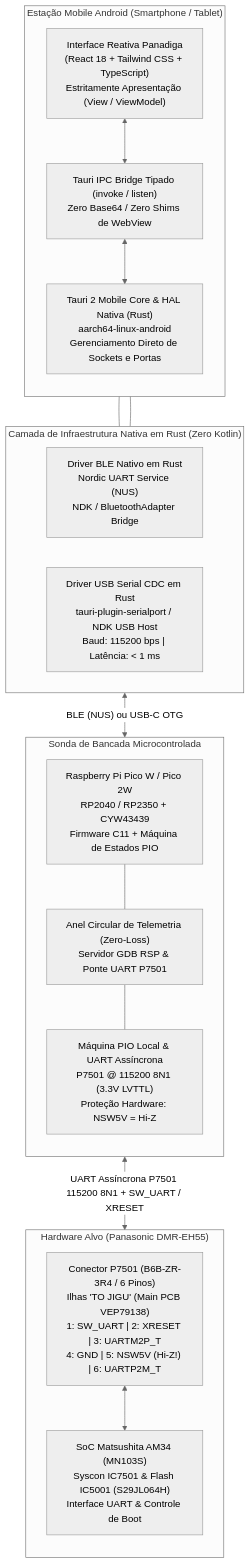
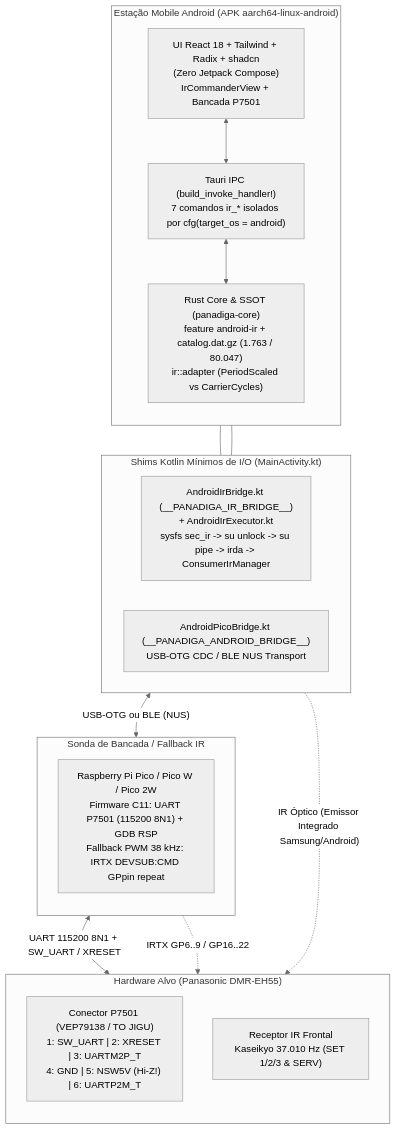
Before and after one commit to orgchrono/Panadiga: the first of 2 diagrams in docs/pt-BR/ARQUITETURA_MOBILE_ANDROID_E_BLUETOOTH.md, drawn with Mermaid (neutral theme). The commit also changed other lines of this file and 139 other files, not shown here.

First line of the commit message:
feat(apk,nor,pico,re,docs): unify Android IR Commander, 2-layer NOR JEDEC, glitch-immune BAUDSCAN, async GDB proxy & 447-code bench wizard

````diff
--- a/docs/pt-BR/ARQUITETURA_MOBILE_ANDROID_E_BLUETOOTH.md
+++ b/docs/pt-BR/ARQUITETURA_MOBILE_ANDROID_E_BLUETOOTH.md
@@ -18,38 +22,35 @@
 ```mermaid
 flowchart TD
-    subgraph Mobile["Estação Mobile Android (Smartphone / Tablet)"]
+    subgraph Mobile["Estação Mobile Android (APK aarch64-linux-android)"]
         direction TB
-        UI["Interface Reativa Panadiga<br/>(React 18 + Tailwind CSS + TypeScript)<br/>Estritamente Apresentação (View / ViewModel)"]
-        IPC["Tauri IPC Bridge Tipado (invoke / listen)<br/>Zero Base64 / Zero Shims de WebView"]
-        TAURI_RUST["Tauri 2 Mobile Core & HAL Nativa (Rust)<br/>aarch64-linux-android<br/>Gerenciamento Direto de Sockets e Portas"]
+        UI["UI React 18 + Tailwind + Radix + shadcn<br/>(Zero Jetpack Compose)<br/>IrCommanderView + Bancada P7501"]
+        IPC["Tauri IPC (build_invoke_handler!)<br/>7 comandos ir_* isolados por cfg(target_os = android)"]
+        RUST["Rust Core & SSOT (panadiga-core)<br/>feature android-ir + catalog.dat.gz (1.763 / 80.047)<br/>ir::adapter (PeriodScaled vs CarrierCycles)"]
         UI <--> IPC
-        IPC <--> TAURI_RUST
+        IPC <--> RUST
     end
 
-    subgraph NativeHAL["Camada de Infraestrutura Nativa em Rust (Zero Kotlin)"]
+    subgraph KotlinShim["Shims Kotlin Mínimos de I/O (MainActivity.kt)"]
         direction LR
-        BLE_CORE["Driver BLE Nativo em Rust<br/>Nordic UART Service (NUS)<br/>NDK / BluetoothAdapter Bridge"]
-        USB_CORE["Driver USB Serial CDC em Rust<br/>tauri-plugin-serialport / NDK USB Host<br/>Baud: 115200 bps | Latência: < 1 ms"]
-        TAURI_RUST --- BLE_CORE
-        TAURI_RUST --- USB_CORE
+        IR_SHIM["AndroidIrBridge.kt (__PANADIGA_IR_BRIDGE__)<br/>+ AndroidIrExecutor.kt<br/>sysfs sec_ir -> su unlock -> su pipe -> irda -> ConsumerIrManager"]
+        PICO_SHIM["AndroidPicoBridge.kt (__PANADIGA_ANDROID_BRIDGE__)<br/>USB-OTG CDC / BLE NUS Transport"]
+        RUST --- IR_SHIM
+        RUST --- PICO_SHIM
     end
 
-    subgraph Probe["Sonda de Bancada Microcontrolada"]
+    subgraph Probe["Sonda de Bancada / Fallback IR"]
         direction TB
-        PICO["Raspberry Pi Pico W / Pico 2W<br/>RP2040 / RP2350 + CYW43439<br/>Firmware C11 + Máquina de Estados PIO"]
-        BUFFER["Anel Circular de Telemetria (Zero-Loss)<br/>Servidor GDB RSP & Ponte UART P7501"]
-        PIO_ENG["Máquina PIO Local & UART Assíncrona<br/>P7501 @ 115200 8N1 (3.3V LVTTL)<br/>Proteção Hardware: NSW5V = Hi-Z"]
-        PICO --- BUFFER
-        BUFFER --- PIO_ENG
+        PICO["Raspberry Pi Pico / Pico W / Pico 2W<br/>Firmware C11: UART P7501 (115200 8N1) + GDB RSP<br/>Fallback PWM 38 kHz: IRTX DEVSUB:CMD GPpin repeat"]
     end
 
     subgraph Target["Hardware Alvo (Panasonic DMR-EH55)"]
         direction TB
-        P7501["Conector P7501 (B6B-ZR-3R4 / 6 Pinos)<br/>Ilhas 'TO JIGU' (Main PCB VEP79138)<br/>1: SW_UART | 2: XRESET | 3: UARTM2P_T<br/>4: GND | 5: NSW5V (Hi-Z!) | 6: UARTP2M_T"]
-        AM34["SoC Matsushita AM34 (MN103S)<br/>Syscon IC7501 & Flash IC5001 (S29JL064H)<br/>Interface UART & Controle de Boot"]
-        P7501 <--> AM34
+        P7501["Conector P7501 (VEP79138 / TO JIGU)<br/>1: SW_UART | 2: XRESET | 3: UARTM2P_T<br/>4: GND | 5: NSW5V (Hi-Z!) | 6: UARTP2M_T"]
+        IR_RX["Receptor IR Frontal<br/>Kaseikyo 37.010 Hz (SET 1/2/3 & SERV)"]
     end
 
-    NativeHAL <-->|"BLE (NUS) ou USB-C OTG"| Probe
-    Probe <-->|"UART Assíncrona P7501 115200 8N1 + SW_UART / XRESET"| Target
+    PICO_SHIM <-->|"USB-OTG ou BLE (NUS)"| PICO
+    PICO <-->|"UART 115200 8N1 + SW_UART / XRESET"| P7501
+    IR_SHIM -.->|"IR Óptico (Emissor Integrado Samsung/Android)"| IR_RX
+    PICO -.->|"IRTX GP6..9 / GP16..22"| IR_RX
 ```
````
